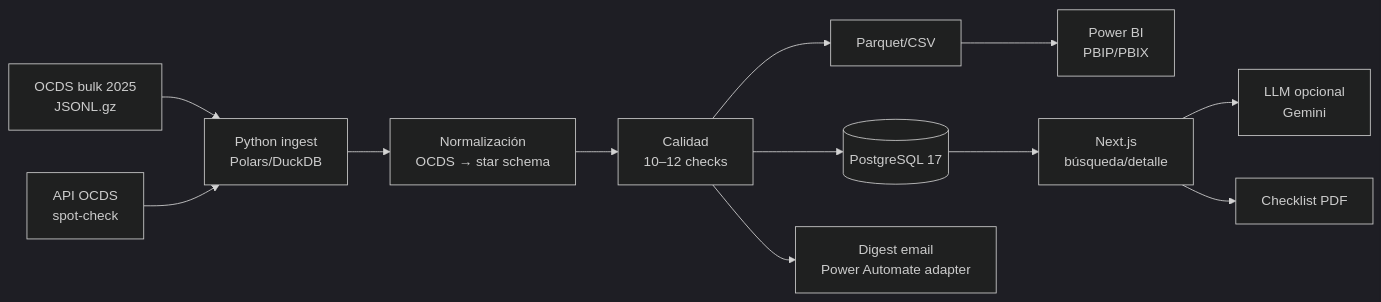
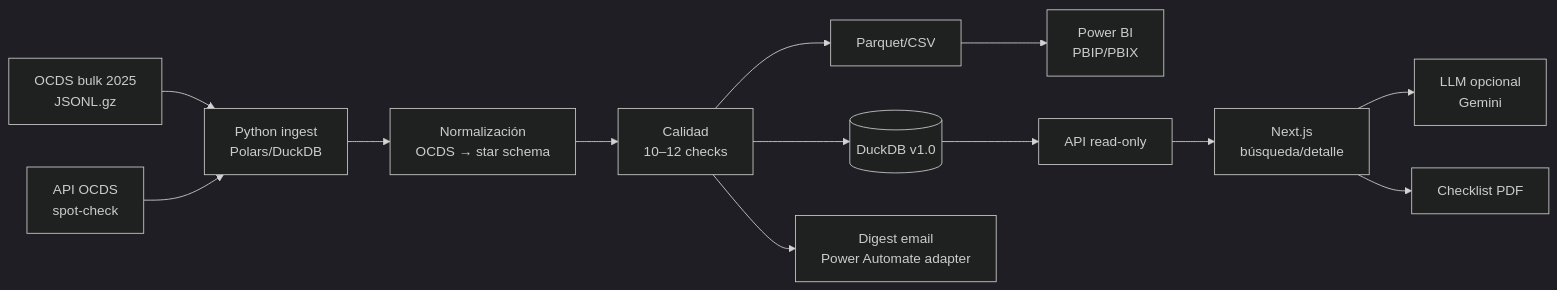
Before and after one commit to kuki236/contratamype: the diagram in SPECS.md, drawn with Mermaid (dark theme). The commit also changed other lines of this file and 8 other files, not shown here.

````diff
--- a/SPECS.md
+++ b/SPECS.md
@@ -66,14 +66,15 @@
 ```mermaid
 flowchart LR
     bulk[OCDS bulk 2025\nJSONL.gz] --> ingest[Python ingest\nPolars/DuckDB]
     api[API OCDS\nspot-check] --> ingest
     ingest --> normalize[Normalización\nOCDS → star schema]
     normalize --> quality[Calidad\n10–12 checks]
-    quality --> pg[(PostgreSQL 17)]
+    quality --> duck[(DuckDB v1.0)]
     quality --> pq[Parquet/CSV]
     pq --> pbi[Power BI\nPBIP/PBIX]
-    pg --> web[Next.js\nbúsqueda/detalle]
+    duck --> readapi[API read-only]
+    readapi --> web[Next.js\nbúsqueda/detalle]
     web --> llm[LLM opcional\nGemini]
     web --> pdf[Checklist PDF]
     quality --> alerts[Digest email\nPower Automate adapter]
 ```
````
